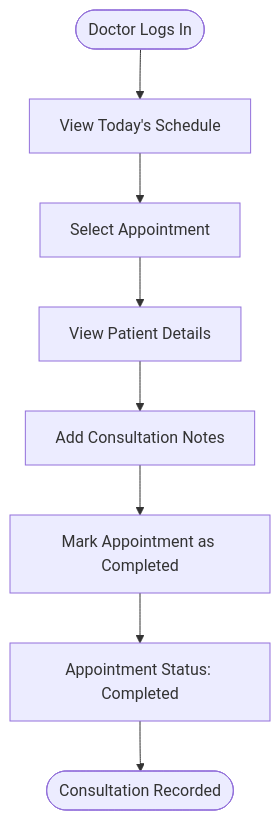
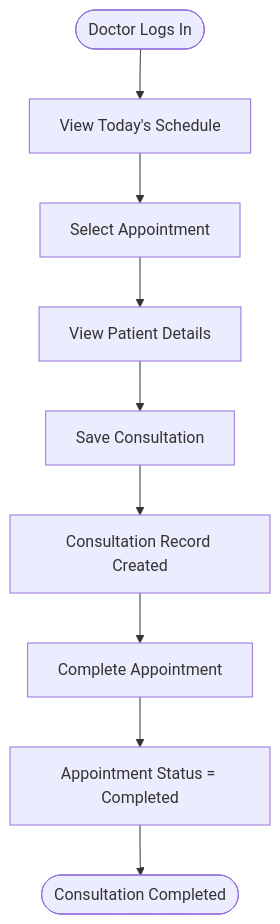
One commit to AmbyHasan/HMS changed the second of 12 diagrams in docs/04-Flow-Design.md. Above: the diagram before and after it, drawn with Mermaid. The commit also changed other lines of this file, not shown here.

Commit message:
Fix flow design doc

````diff
--- a/docs/04-Flow-Design.md
+++ b/docs/04-Flow-Design.md
@@ -49,10 +51,11 @@
 ```mermaid
 flowchart TD
     A([Doctor Logs In]) --> B[View Today's Schedule]
     B --> C[Select Appointment]
     C --> D[View Patient Details]
-    D --> E[Add Consultation Notes]
-    E --> F[Mark Appointment as Completed]
-    F --> G[Appointment Status: Completed]
-    G --> H([Consultation Recorded])
+    D --> E[Save Consultation]
+    E --> F[Consultation Record Created]
+    F --> G[Complete Appointment]
+    G --> H[Appointment Status = Completed]
+    H --> I([Consultation Completed])
 ```
````
